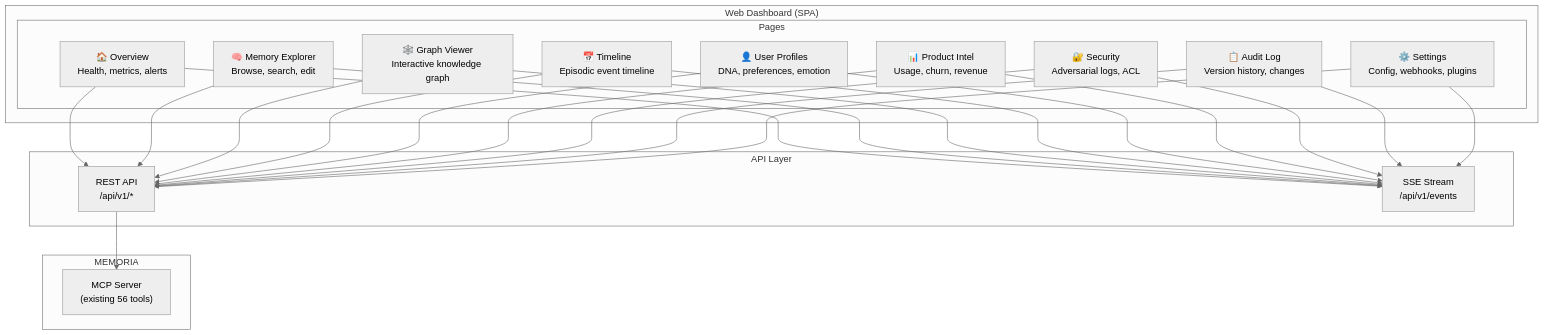
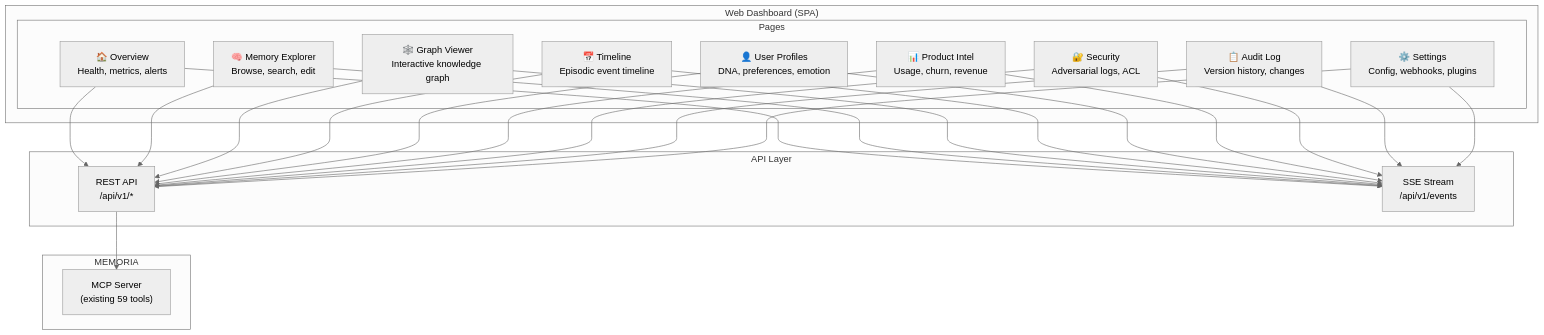
One commit to naicud/memor-ia changed the sixth of 8 diagrams in docs/ROADMAP.md. Above: the diagram before and after it, drawn with Mermaid (neutral theme). The commit also changed 20 other files, not shown here.

````diff
--- a/docs/ROADMAP.md
+++ b/docs/ROADMAP.md
@@ -751,28 +751,28 @@
 ```mermaid
 graph TB
     subgraph "Web Dashboard (SPA)"
         subgraph "Pages"
             HOME["🏠 Overview<br/>Health, metrics, alerts"]
             MEM["🧠 Memory Explorer<br/>Browse, search, edit"]
             GRAPH["🕸️ Graph Viewer<br/>Interactive knowledge graph"]
             TIME["📅 Timeline<br/>Episodic event timeline"]
             USER["👤 User Profiles<br/>DNA, preferences, emotion"]
             PROD["📊 Product Intel<br/>Usage, churn, revenue"]
             SEC["🔐 Security<br/>Adversarial logs, ACL"]
             AUDIT["📋 Audit Log<br/>Version history, changes"]
             CONF["⚙️ Settings<br/>Config, webhooks, plugins"]
         end
     end
 
     subgraph "API Layer"
         REST["REST API<br/>/api/v1/*"]
         SSE2["SSE Stream<br/>/api/v1/events"]
     end
 
     subgraph "MEMORIA"
-        MCP2["MCP Server<br/>(existing 56 tools)"]
+        MCP2["MCP Server<br/>(existing 59 tools)"]
     end
 
     HOME & MEM & GRAPH & TIME & USER & PROD & SEC & AUDIT & CONF --> REST & SSE2
     REST --> MCP2
 ```
````
